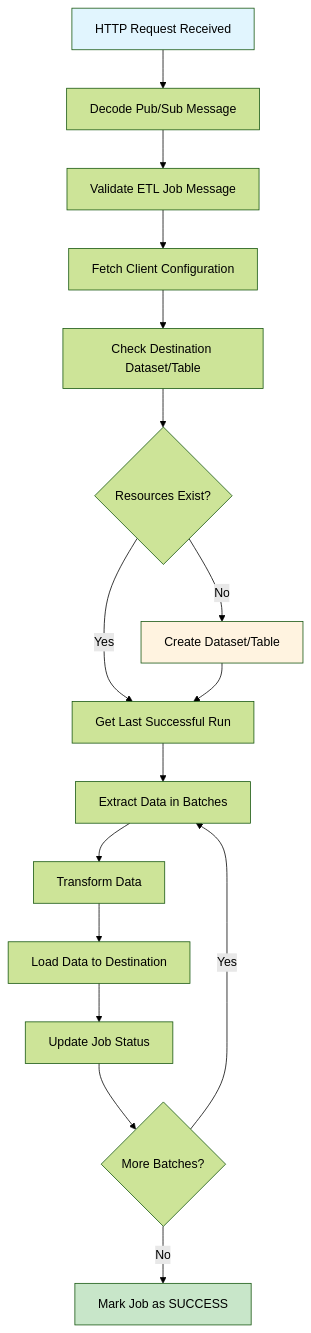
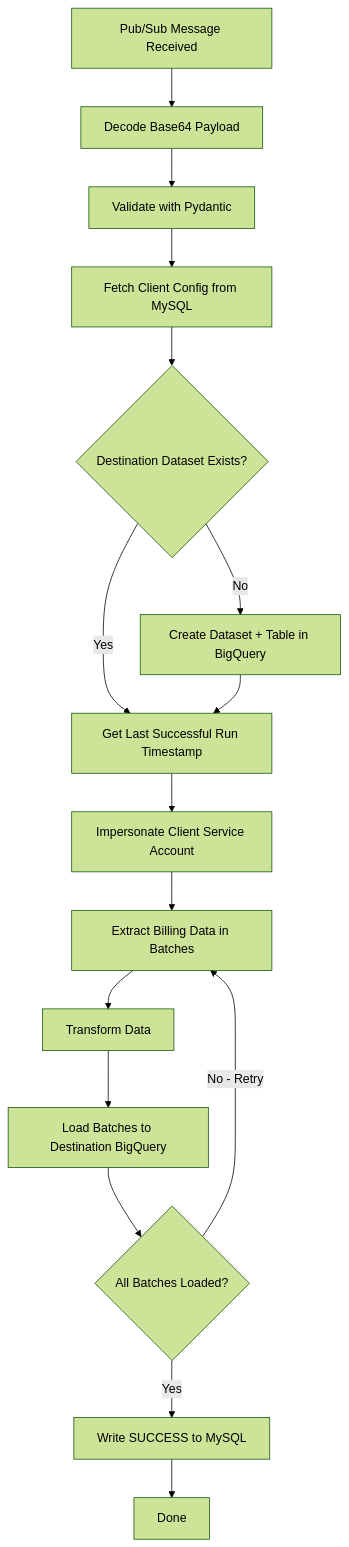
Before and after one commit to chirag876/BigQuery-Cross-Environment-ETL-Pipeline: the diagram in README.md, drawn with Mermaid (forest theme). The commit also changed other lines of this file, not shown here.

First line of the commit message:
docs: overhaul README with badges, centered header, and fixed architecture

````diff
--- a/README.md
+++ b/README.md
@@ -123,22 +79,18 @@
 ```mermaid
 graph TD
-    A[HTTP Request Received] --> B[Decode Pub/Sub Message]
-    B --> C[Validate ETL Job Message]
-    C --> D[Fetch Client Configuration]
-    D --> E[Check Destination Dataset/Table]
-    E --> F{Resources Exist?}
-    F -->|No| G[Create Dataset/Table]
-    F -->|Yes| H[Get Last Successful Run]
-    G --> H
-    H --> I[Extract Data in Batches]
+    A[Pub/Sub Message Received] --> B[Decode Base64 Payload]
+    B --> C[Validate with Pydantic]
+    C --> D[Fetch Client Config from MySQL]
+    D --> E{Destination Dataset Exists?}
+    E -->|No| F[Create Dataset + Table in BigQuery]
+    E -->|Yes| G[Get Last Successful Run Timestamp]
+    F --> G
+    G --> H[Impersonate Client Service Account]
+    H --> I[Extract Billing Data in Batches]
     I --> J[Transform Data]
-    J --> K[Load Data to Destination]
-    K --> L[Update Job Status]
-    L --> M{More Batches?}
-    M -->|Yes| I
-    M -->|No| N[Mark Job as SUCCESS]
-    
-    style A fill:#e1f5fe
-    style N fill:#c8e6c9
-    style G fill:#fff3e0
+    J --> K[Load Batches to Destination BigQuery]
+    K --> L{All Batches Loaded?}
+    L -->|Yes| M[Write SUCCESS to MySQL]
+    L -->|No - Retry| I
+    M --> N[Done]
 ```
````
